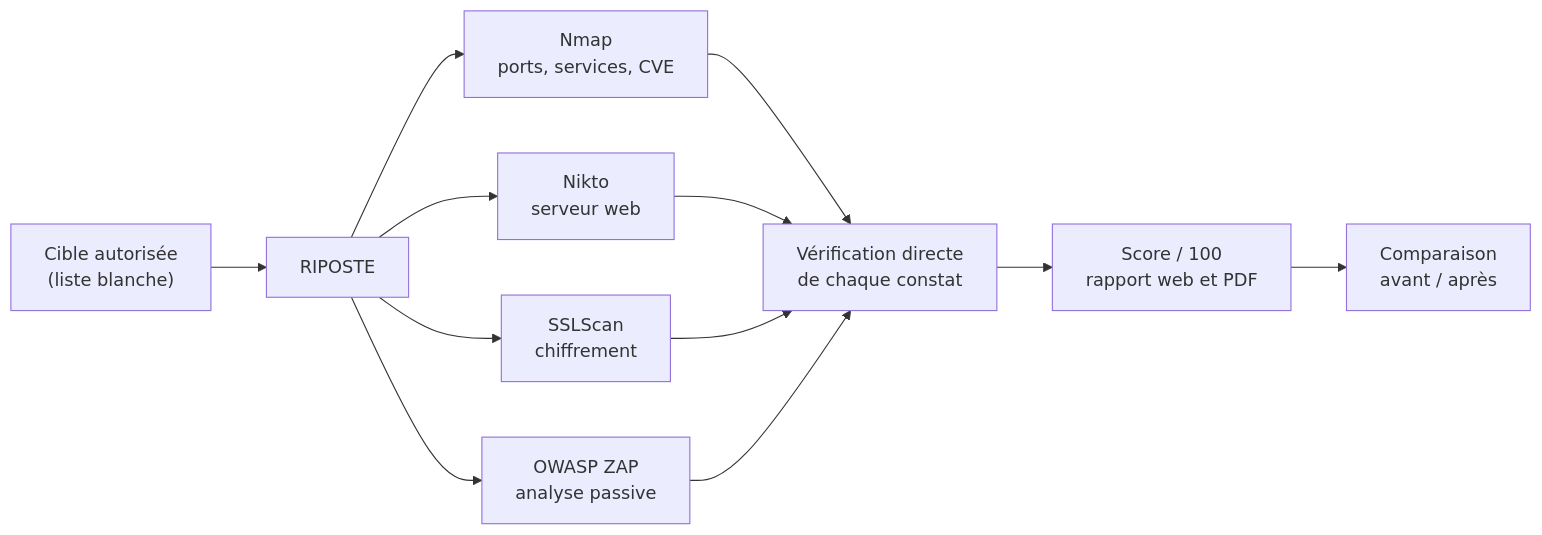
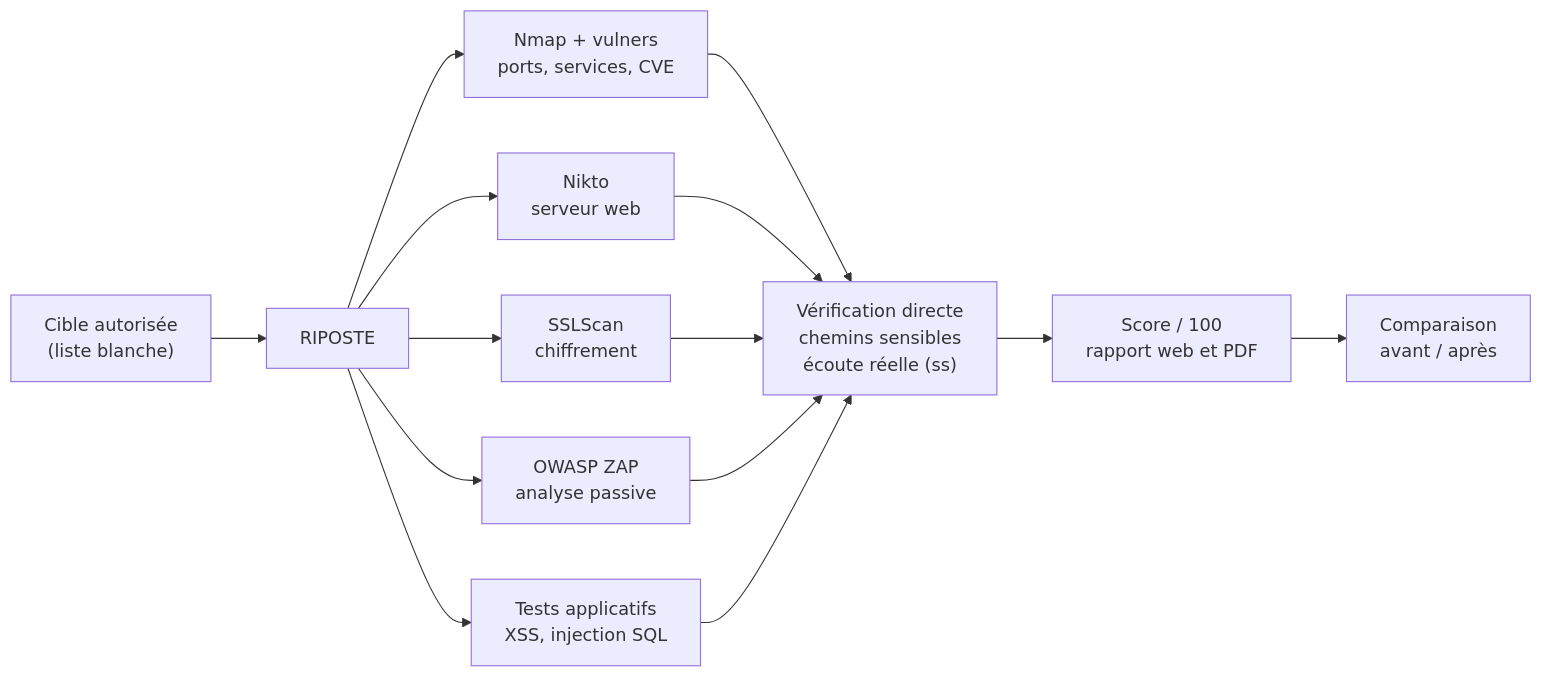
One commit to Youcef9897/riposte changed the diagram in README.md. Above: the diagram before and after it, drawn with Mermaid. The commit also changed other lines of this file and 9 other files, not shown here.

````diff
--- a/README.md
+++ b/README.md
@@ -54,14 +47,16 @@
 ```mermaid
 flowchart LR
     T["Cible autorisée<br/>(liste blanche)"] --> P["RIPOSTE"]
-    P --> N["Nmap<br/>ports, services, CVE"]
+    P --> N["Nmap + vulners<br/>ports, services, CVE"]
     P --> K["Nikto<br/>serveur web"]
     P --> S["SSLScan<br/>chiffrement"]
     P --> Z["OWASP ZAP<br/>analyse passive"]
-    N --> V["Vérification directe<br/>de chaque constat"]
+    P --> A["Tests applicatifs<br/>XSS, injection SQL"]
+    N --> V["Vérification directe<br/>chemins sensibles<br/>écoute réelle (ss)"]
     K --> V
     S --> V
     Z --> V
+    A --> V
     V --> R["Score / 100<br/>rapport web et PDF"]
     R --> C["Comparaison<br/>avant / après"]
 ```
````
